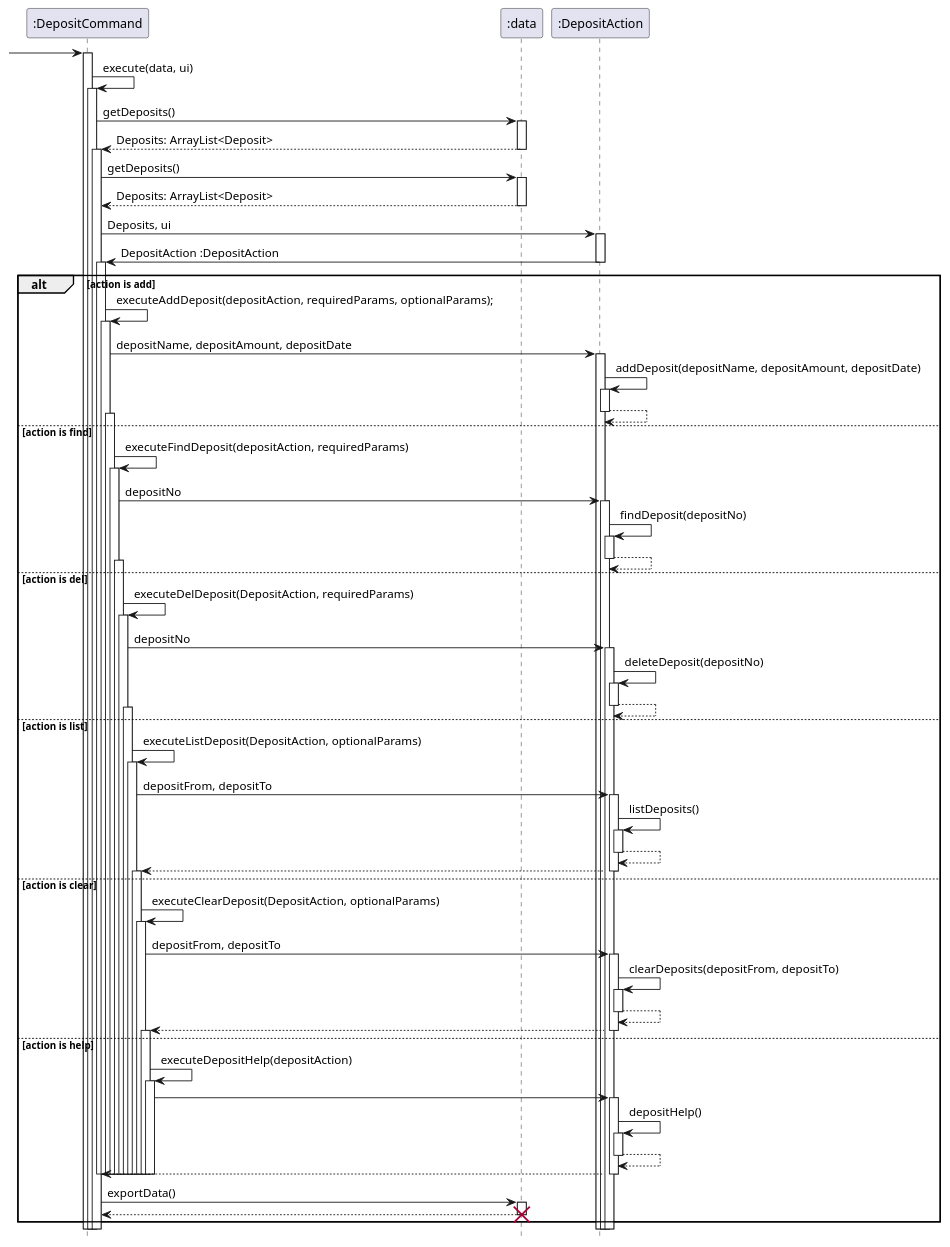
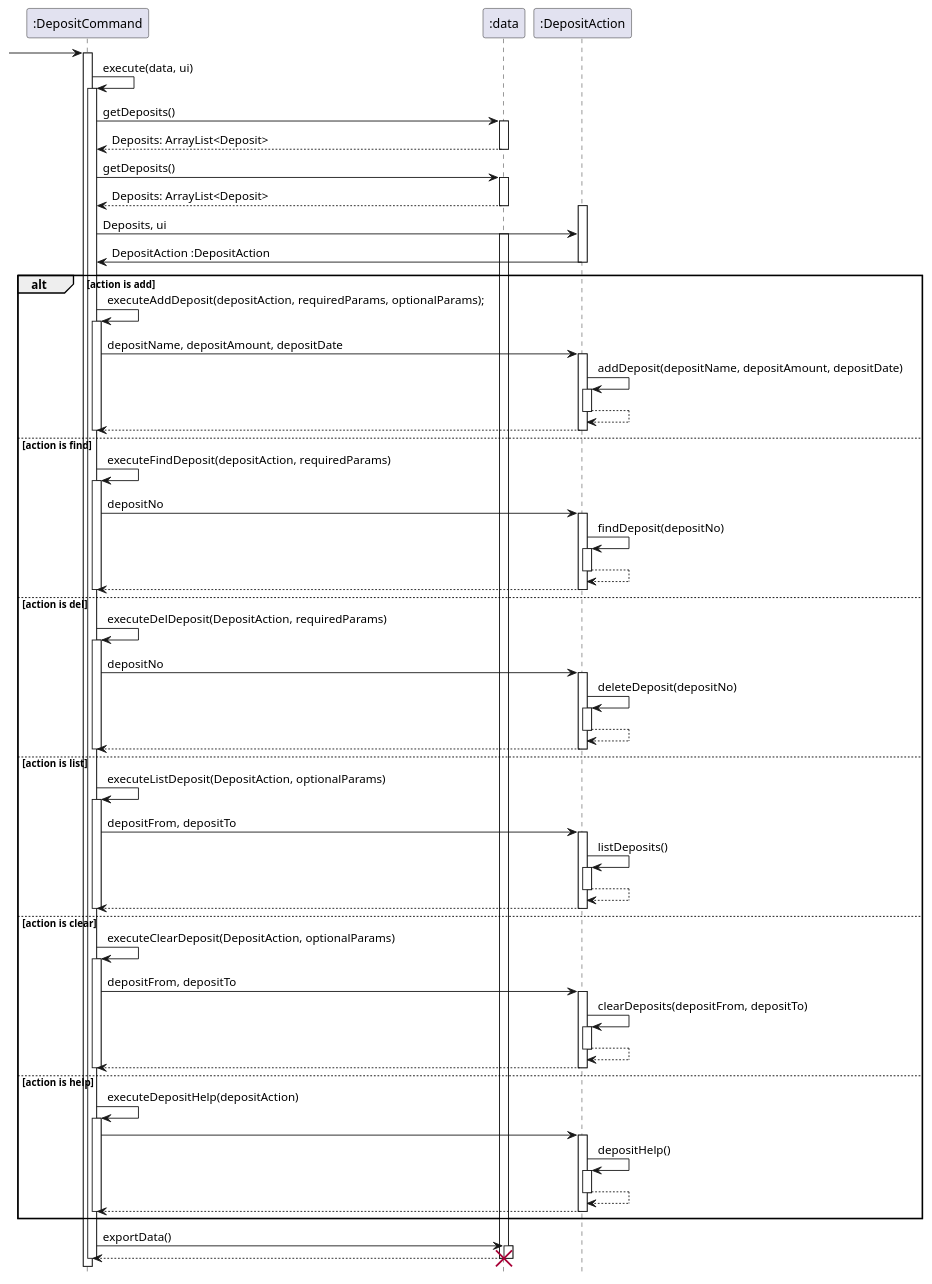
Before and after one commit to stephenkyang/tp: the diagram in docs/diagrams/DepositCommandSequence.puml, drawn with PlantUML.

Commit message:
Fixed sequence diagram.

```diff
--- a/docs/diagrams/DepositCommandSequence.puml
+++ b/docs/diagrams/DepositCommandSequence.puml
@@ -1,123 +1,118 @@
 @startuml
 
 hide footbox
 
  -> ":DepositCommand":
 
 activate ":DepositCommand"
 ":DepositCommand" -> ":DepositCommand": execute(data, ui)
 activate  ":DepositCommand"
 ":DepositCommand" -> ":data": getDeposits()
+
 activate ":data"
 return Deposits: ArrayList<Deposit>
 deactivate ":data"
 
-activate  ":DepositCommand"
 ":DepositCommand" -> ":data": getDeposits()
+
 activate ":data"
 return Deposits: ArrayList<Deposit>
 
 
-
+activate ":DepositAction"
 ":DepositCommand" -> ":DepositAction" : Deposits, ui
-activate ":DepositAction"
+activate ":data"
 ":DepositAction" -> ":DepositCommand" : DepositAction :DepositAction
 deactivate ":DepositAction"
 
 
 alt action is add
-activate  ":DepositCommand"
 ":DepositCommand" -> ":DepositCommand": executeAddDeposit(depositAction, requiredParams, optionalParams);
 activate ":DepositCommand"
-
 ":DepositCommand" -> ":DepositAction" : depositName, depositAmount, depositDate
 activate ":DepositAction"
 ":DepositAction" -> ":DepositAction" : addDeposit(depositName, depositAmount, depositDate)
 activate ":DepositAction"
+
 return
+return
+
+deactivate ":DepositCommand"
 
 
 else action is find
-activate  ":DepositCommand"
 ":DepositCommand" -> ":DepositCommand": executeFindDeposit(depositAction, requiredParams)
+
 activate ":DepositCommand"
 ":DepositCommand" -> ":DepositAction" : depositNo
 activate ":DepositAction"
 ":DepositAction" -> ":DepositAction" : findDeposit(depositNo)
 activate ":DepositAction"
+
 return
+return
+deactivate ":DepositCommand"
 
 
 else action is del
-activate  ":DepositCommand"
 ":DepositCommand" -> ":DepositCommand": executeDelDeposit(DepositAction, requiredParams)
 activate ":DepositCommand"
 ":DepositCommand" -> ":DepositAction" : depositNo
 activate ":DepositAction"
 ":DepositAction" -> ":DepositAction" : deleteDeposit(depositNo)
 activate ":DepositAction"
 return
+return
+
+deactivate ":DepositCommand"
 
 else action is list
-activate  ":DepositCommand"
+
 ":DepositCommand" -> ":DepositCommand": executeListDeposit(DepositAction, optionalParams)
 activate ":DepositCommand"
 ":DepositCommand" -> ":DepositAction" : depositFrom, depositTo
 activate ":DepositAction"
 ":DepositAction" -> ":DepositAction" : listDeposits()
 activate ":DepositAction"
 return
 return
 
+deactivate ":DepositCommand"
 
 else action is clear
-activate  ":DepositCommand"
 ":DepositCommand" -> ":DepositCommand": executeClearDeposit(DepositAction, optionalParams)
 activate ":DepositCommand"
 ":DepositCommand" -> ":DepositAction" : depositFrom, depositTo
 activate ":DepositAction"
 ":DepositAction" -> ":DepositAction" : clearDeposits(depositFrom, depositTo)
 activate ":DepositAction"
 return
 return
-
+deactivate ":DepositCommand"
 
 else action is help
-activate  ":DepositCommand"
 ":DepositCommand" -> ":DepositCommand": executeDepositHelp(depositAction)
 activate ":DepositCommand"
 ":DepositCommand" -> ":DepositAction"
 activate ":DepositAction"
 ":DepositAction" -> ":DepositAction" : depositHelp()
 activate ":DepositAction"
 return
 return
-
-
-deactivate ":DepositCommand"
-deactivate ":DepositCommand"
-deactivate ":DepositCommand"
-deactivate ":DepositCommand"
-deactivate ":DepositCommand"
-deactivate ":DepositCommand"
-deactivate ":DepositCommand"
-deactivate ":DepositCommand"
-deactivate ":DepositCommand"
-deactivate ":DepositCommand"
-deactivate ":DepositCommand"
 deactivate ":DepositCommand"
 
 
+end
 ":DepositCommand" -> ":data": exportData()
 activate ":data"
 return
-
 deactivate ":data"
 destroy ":data"
 
+deactivate ":data"
+deactivate ":DepositCommand"
 
-end
 
 
 
 @enduml
```
